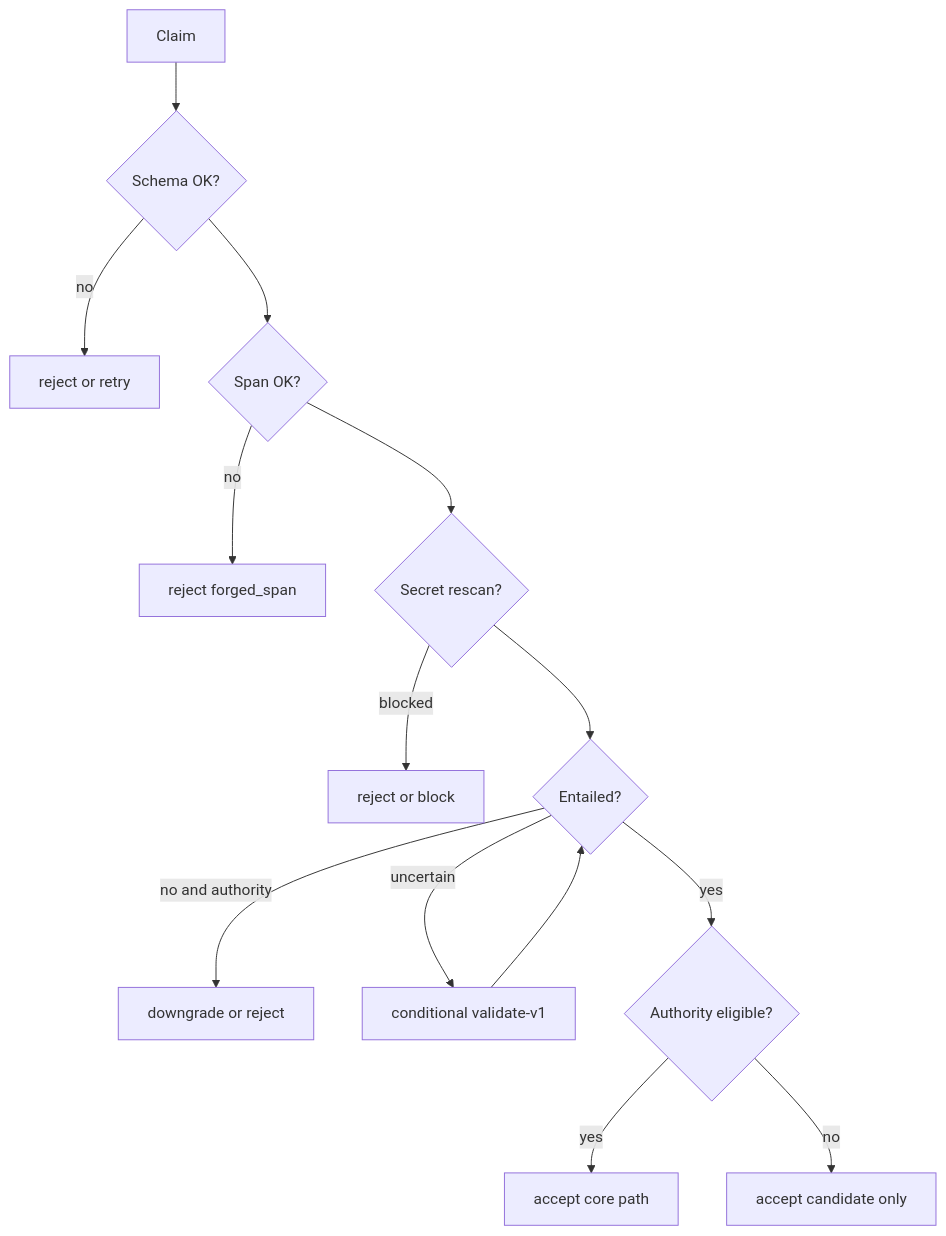
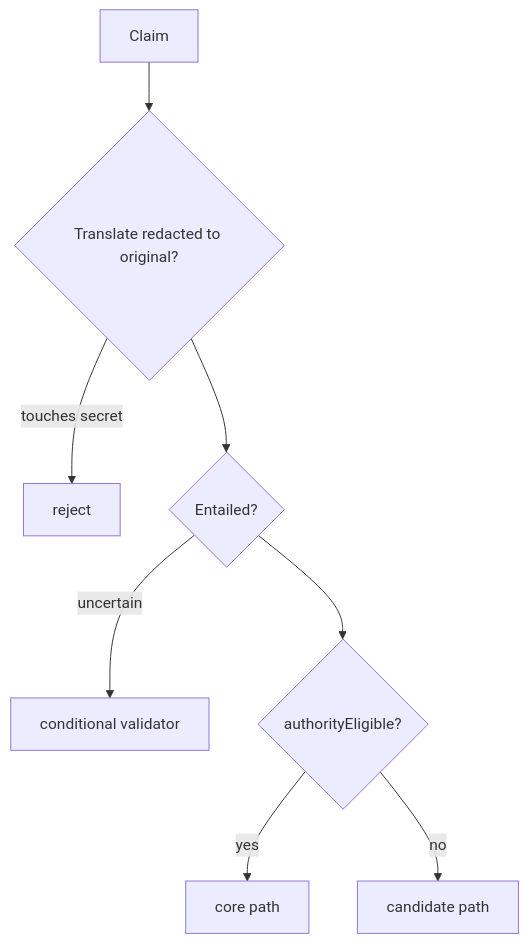
The sixth of 12 diagrams in docs/memory-system/10-memory-processing-design.md (NicolVii/ContextVault), drawn with Mermaid before and after one commit. The commit also changed other lines of this file, not shown here.

First line of the commit message:
docs: correct Stage 10 processing freeze and authority contracts

````diff
--- a/docs/memory-system/10-memory-processing-design.md
+++ b/docs/memory-system/10-memory-processing-design.md
@@ -1596,16 +1223,10 @@
 ```mermaid
 flowchart TD
-  C[Claim] --> Sch{Schema OK?}
-  Sch -->|no| R1[reject or retry]
-  Sch --> Span{Span OK?}
-  Span -->|no| R2[reject forged_span]
-  Span --> Sec{Secret rescan?}
-  Sec -->|blocked| R3[reject or block]
-  Sec --> Ent{Entailed?}
-  Ent -->|no and authority| Dow[downgrade or reject]
-  Ent -->|uncertain| V2[conditional validate-v1]
-  V2 --> Ent
-  Ent -->|yes| Auth{Authority eligible?}
-  Auth -->|yes| Acc[accept core path]
-  Auth -->|no| Cand[accept candidate only]
+  C[Claim] --> Map{Translate redacted to original?}
+  Map -->|touches secret| R1[reject]
+  Map --> Ent{Entailed?}
+  Ent -->|uncertain| V2[conditional validator]
+  Ent --> Auth{authorityEligible?}
+  Auth -->|yes| Core[core path]
+  Auth -->|no| Cand[candidate path]
 ```
````
